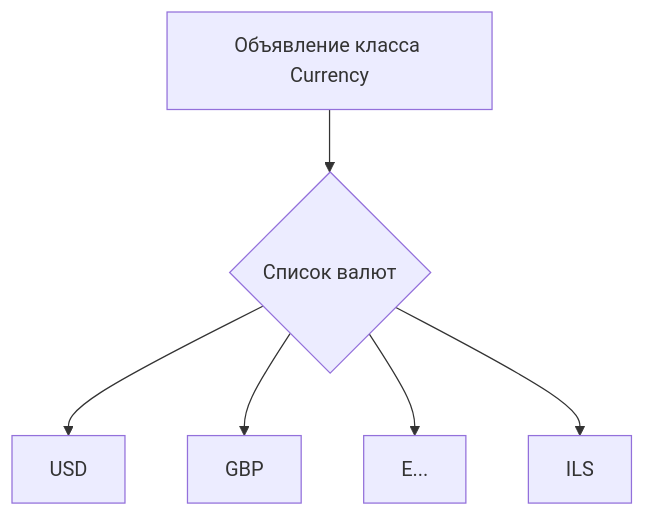
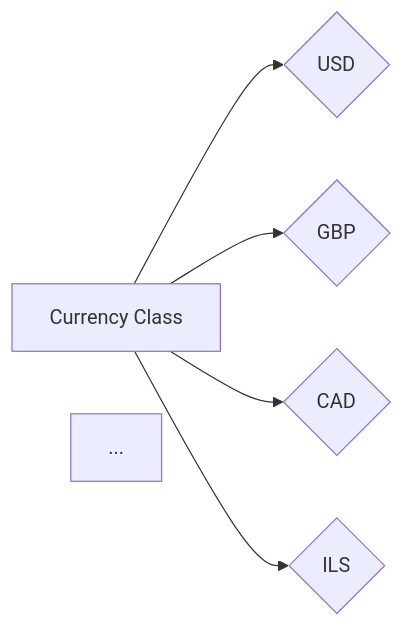
The first of 2 diagrams in docs/gemini/ru/explainer/src/suppliers/aliexpress/api/models/currencies.md (hypo69/hypo), drawn with Mermaid before and after one commit. The commit also changed other lines of this file and 468 other files, not shown here.

````diff
--- a/docs/gemini/ru/explainer/src/suppliers/aliexpress/api/models/currencies.md
+++ b/docs/gemini/ru/explainer/src/suppliers/aliexpress/api/models/currencies.md
@@ -37,8 +32,8 @@
 ```mermaid
-graph TD
-    A[Объявление класса Currency] --> B{Список валют};
-    B --> C[USD];
-    B --> D[GBP];
-    B --> E...;
-    B --> F[ILS];
+graph LR
+    A[Currency Class] --> B{USD};
+    A --> C{GBP};
+    A --> D{CAD};
+    ...
+    A --> Z{ILS};
 ```
````
